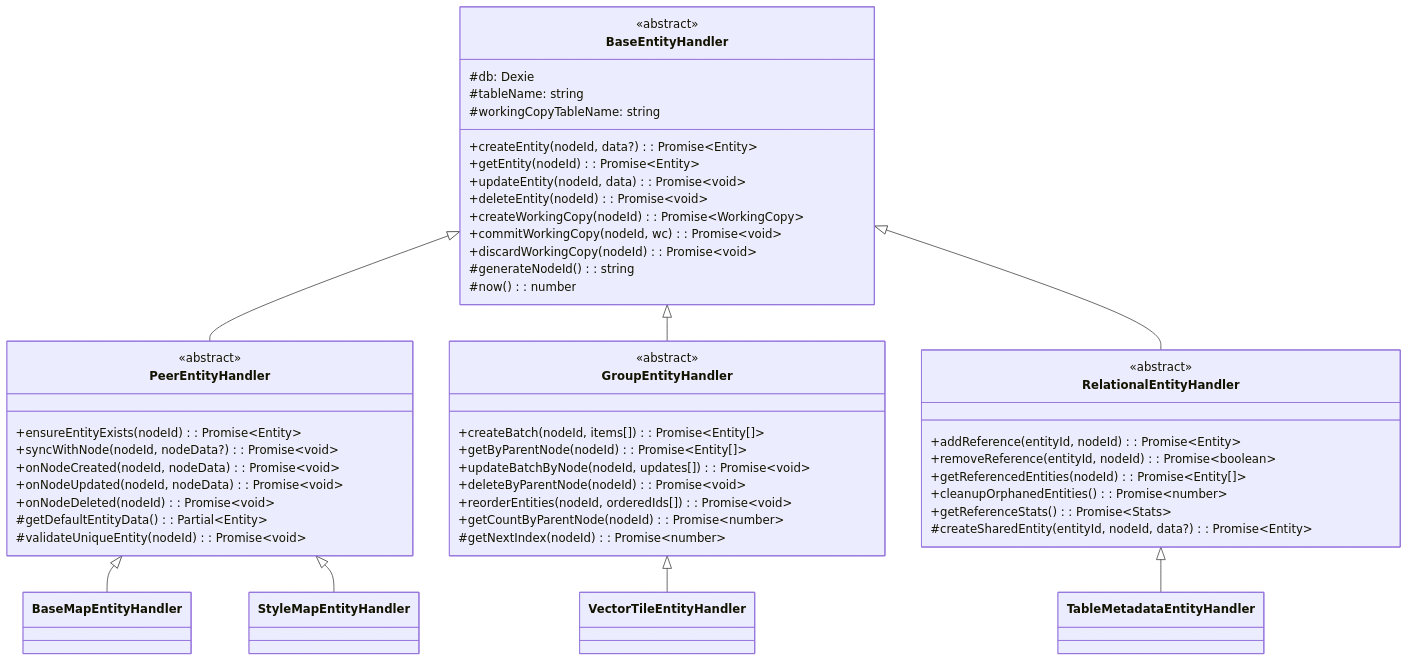
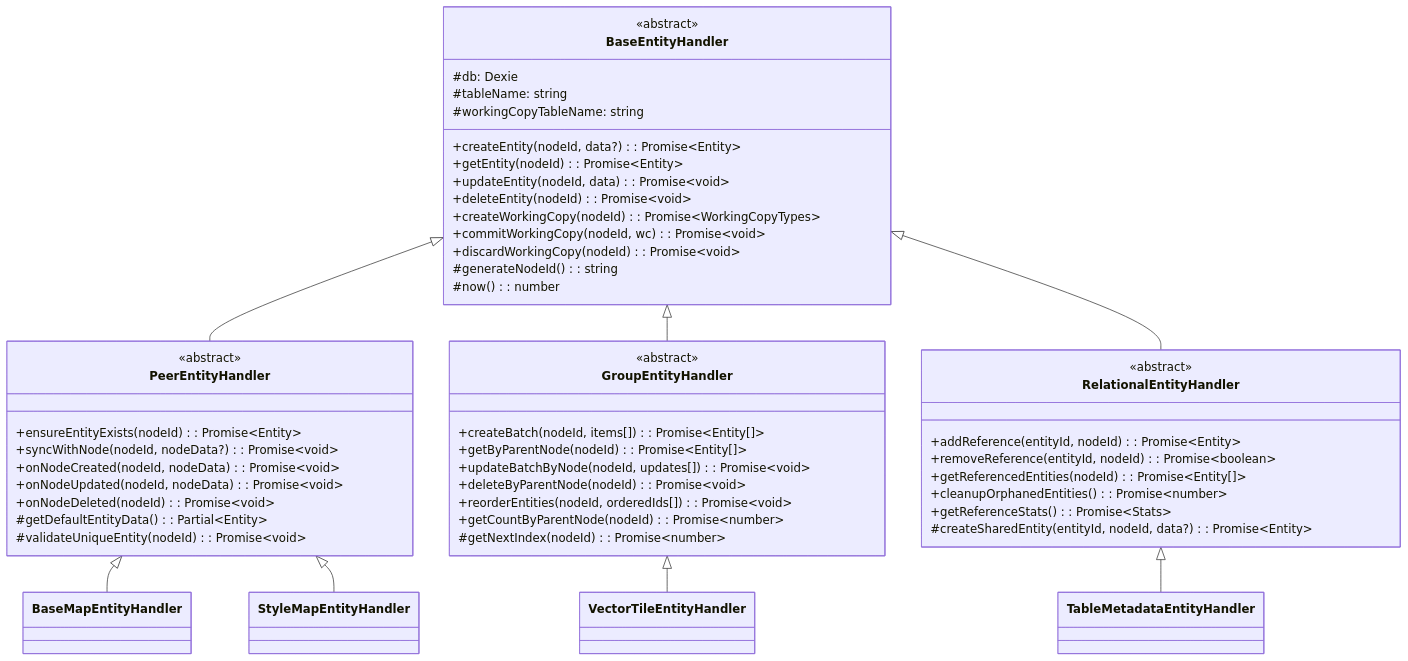
One commit to kubohiroya/hierarchidb changed the diagram in docs/deprecated/MANUAL/04-plugin-entity-system.md. Above: the diagram before and after it, drawn with Mermaid. The commit also changed 452 other files, not shown here.

````diff
--- a/docs/deprecated/MANUAL/04-plugin-entity-system.md
+++ b/docs/deprecated/MANUAL/04-plugin-entity-system.md
@@ -176,59 +176,59 @@
 ```mermaid
 classDiagram
     class BaseEntityHandler {
         <<abstract>>
         #db: Dexie
         #tableName: string
         #workingCopyTableName: string
         +createEntity(nodeId, data?): Promise~Entity~
         +getEntity(nodeId): Promise~Entity~
         +updateEntity(nodeId, data): Promise~void~
         +deleteEntity(nodeId): Promise~void~
-        +createWorkingCopy(nodeId): Promise~WorkingCopy~
+        +createWorkingCopy(nodeId): Promise~WorkingCopyTypes~
         +commitWorkingCopy(nodeId, wc): Promise~void~
         +discardWorkingCopy(nodeId): Promise~void~
         #generateNodeId(): string
         #now(): number
     }
 
     class PeerEntityHandler {
         <<abstract>>
         +ensureEntityExists(nodeId): Promise~Entity~
         +syncWithNode(nodeId, nodeData?): Promise~void~
         +onNodeCreated(nodeId, nodeData): Promise~void~
         +onNodeUpdated(nodeId, nodeData): Promise~void~
         +onNodeDeleted(nodeId): Promise~void~
         #getDefaultEntityData(): Partial~Entity~
         #validateUniqueEntity(nodeId): Promise~void~
     }
 
     class GroupEntityHandler {
         <<abstract>>
         +createBatch(nodeId, items[]): Promise~Entity[]~
         +getByParentNode(nodeId): Promise~Entity[]~
         +updateBatchByNode(nodeId, updates[]): Promise~void~
         +deleteByParentNode(nodeId): Promise~void~
         +reorderEntities(nodeId, orderedIds[]): Promise~void~
         +getCountByParentNode(nodeId): Promise~number~
         #getNextIndex(nodeId): Promise~number~
     }
 
     class RelationalEntityHandler {
         <<abstract>>
         +addReference(entityId, nodeId): Promise~Entity~
         +removeReference(entityId, nodeId): Promise~boolean~
         +getReferencedEntities(nodeId): Promise~Entity[]~
         +cleanupOrphanedEntities(): Promise~number~
         +getReferenceStats(): Promise~Stats~
         #createSharedEntity(entityId, nodeId, data?): Promise~Entity~
     }
 
     BaseEntityHandler <|-- PeerEntityHandler
     BaseEntityHandler <|-- GroupEntityHandler
     BaseEntityHandler <|-- RelationalEntityHandler
     
     PeerEntityHandler <|-- BaseMapEntityHandler
     PeerEntityHandler <|-- StyleMapEntityHandler
     GroupEntityHandler <|-- VectorTileEntityHandler
     RelationalEntityHandler <|-- TableMetadataEntityHandler
 ```
````
